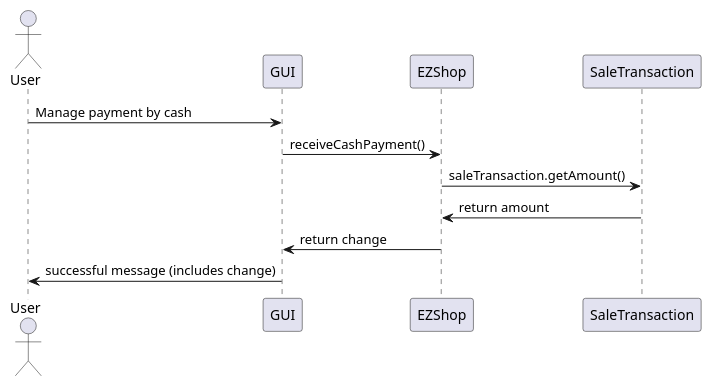
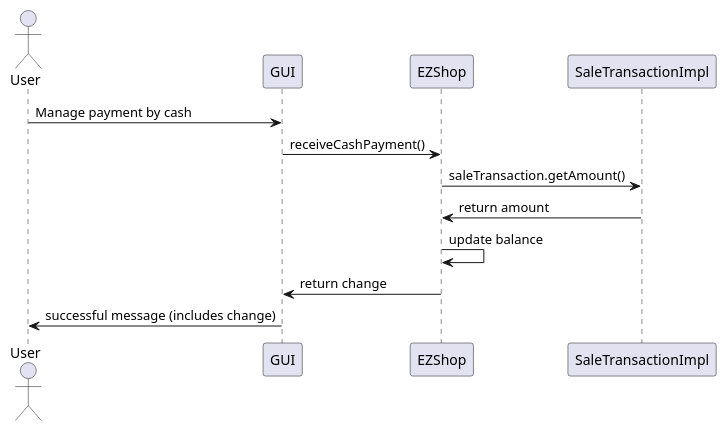
One commit to ThePiromaximus/ezshop changed diagram 16 of 19 in Deliverables/DesignDocument.md. Above: the diagram before and after it, drawn with PlantUML. The commit also changed other lines of this file, not shown here.

Commit message:
Updated sequence diagram FR4, FR7

````diff
--- a/Deliverables/DesignDocument.md
+++ b/Deliverables/DesignDocument.md
@@ -513,11 +515,12 @@
 ```plantuml
 @startuml
 Actor User as U
 U -> GUI: Manage payment by cash
 GUI -> EZShop: receiveCashPayment()
-EZShop -> SaleTransaction: saleTransaction.getAmount()
-EZShop <- SaleTransaction: return amount
+EZShop -> SaleTransactionImpl: saleTransaction.getAmount()
+EZShop <- SaleTransactionImpl: return amount
+EZShop -> EZShop: update balance
 GUI <- EZShop: return change
 U <- GUI: successful message (includes change)
 @enduml
 ```
````
